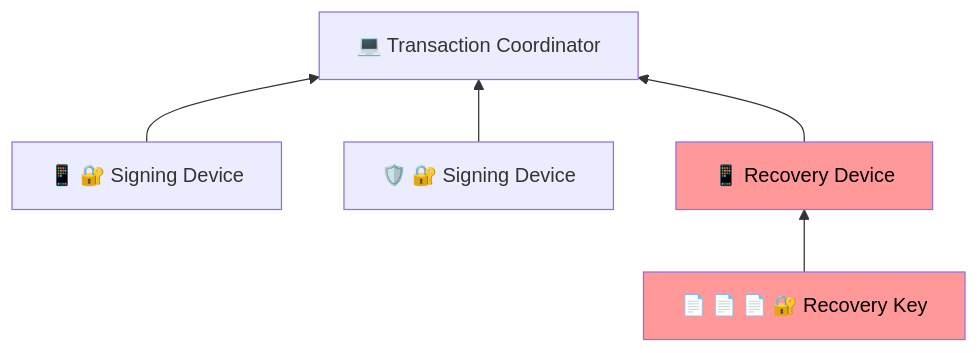
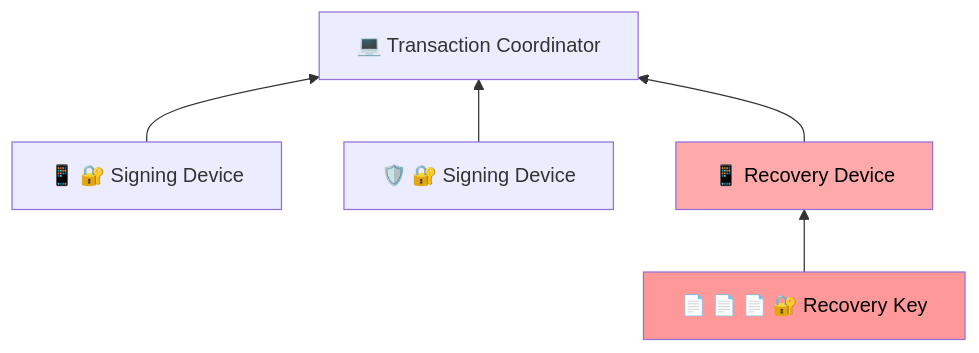
Before and after one commit to BlockchainCommons/SmartCustody: the first of 27 diagrams in Docs/Scenario-Multisig.md, drawn with Mermaid.

````diff
--- a/Docs/Scenario-Multisig.md
+++ b/Docs/Scenario-Multisig.md
@@ -18,15 +18,15 @@
 ```mermaid
     graph BT;
     A["💻 Transaction Coordinator"]
     B["📱 🔐 Signing Device"]
     C["🛡️ 🔐 Signing Device"]
     D["📱 Recovery Device"]
     E["📄 📄 📄 🔐 Recovery Key"]
     B-->A;
     C-->A;
     D-->A;
     E-->D;
     
-style D color:#000,fill:#ff9999;
+style D color:#000,fill:#ffaaaa;
 style E color:#000,fill:#ff9999;
 ```
````
